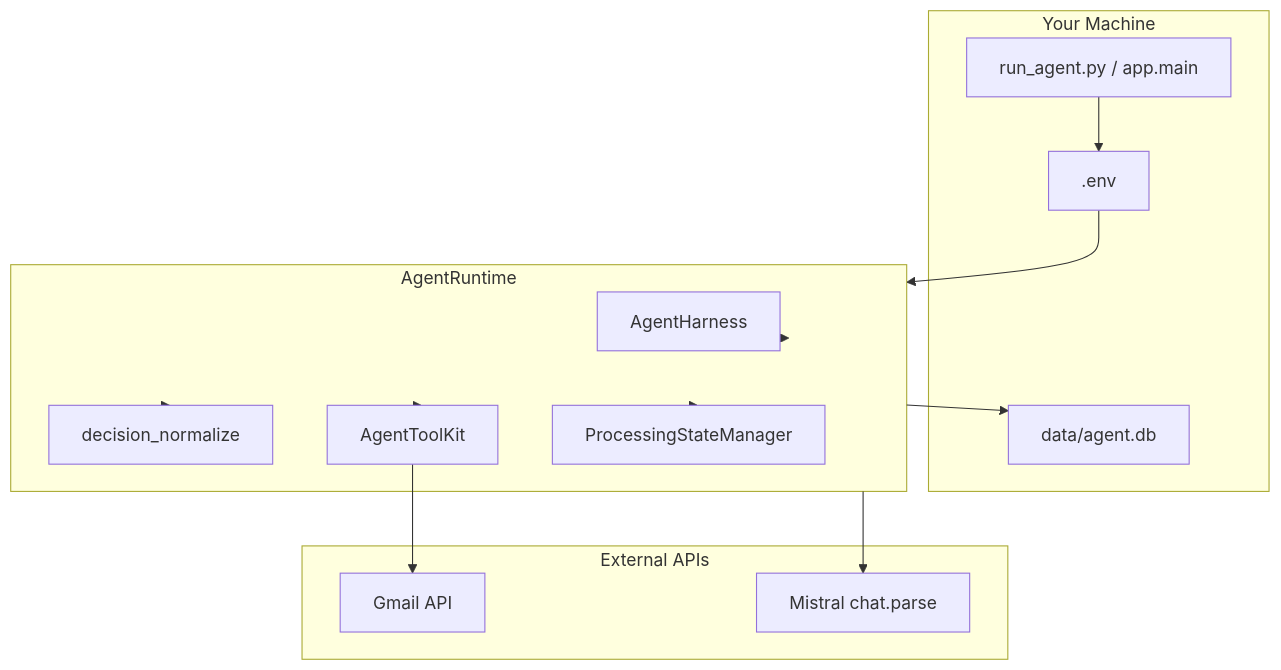
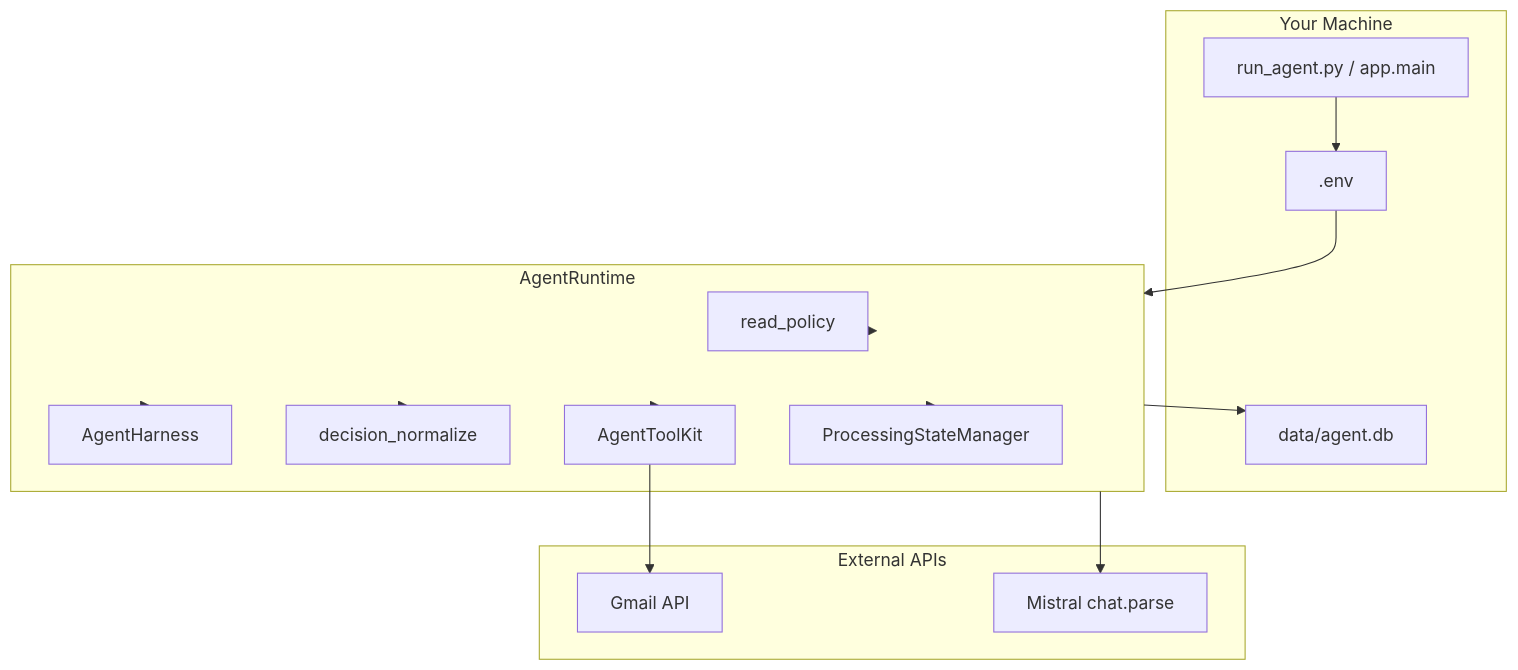
The second of 3 diagrams in docs/REAL_API_SYSTEM_FLOW.md (Nisarg9072-god/Email-Agent), drawn with Mermaid before and after one commit. The commit also changed other lines of this file and 5 other files, not shown here.

````diff
--- a/docs/REAL_API_SYSTEM_FLOW.md
+++ b/docs/REAL_API_SYSTEM_FLOW.md
@@ -140,29 +140,31 @@
 ```mermaid
 flowchart TB
     subgraph User["Your Machine"]
         CMD["run_agent.py / app.main"]
         ENV[".env"]
         DB["data/agent.db"]
     end
 
     subgraph Agent["AgentRuntime"]
+        READPOL["read_policy"]
         HARNESS["AgentHarness"]
         NORM["decision_normalize"]
         TOOLS["AgentToolKit"]
         STATE["ProcessingStateManager"]
     end
 
     subgraph External["External APIs"]
         GMAIL["Gmail API"]
         MISTRAL["Mistral chat.parse"]
     end
 
     CMD --> ENV --> Agent
     Agent --> HARNESS
+    Agent --> READPOL
     Agent --> NORM
     Agent --> TOOLS
     Agent --> STATE
     Agent --> DB
     TOOLS --> GMAIL
     Agent --> MISTRAL
 ```
````
